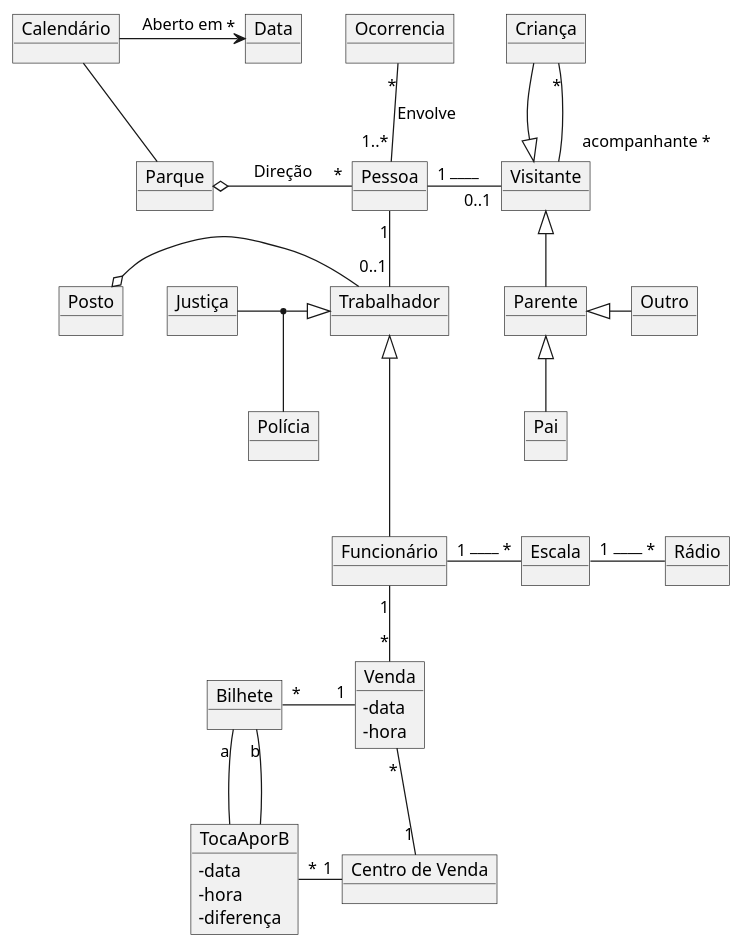
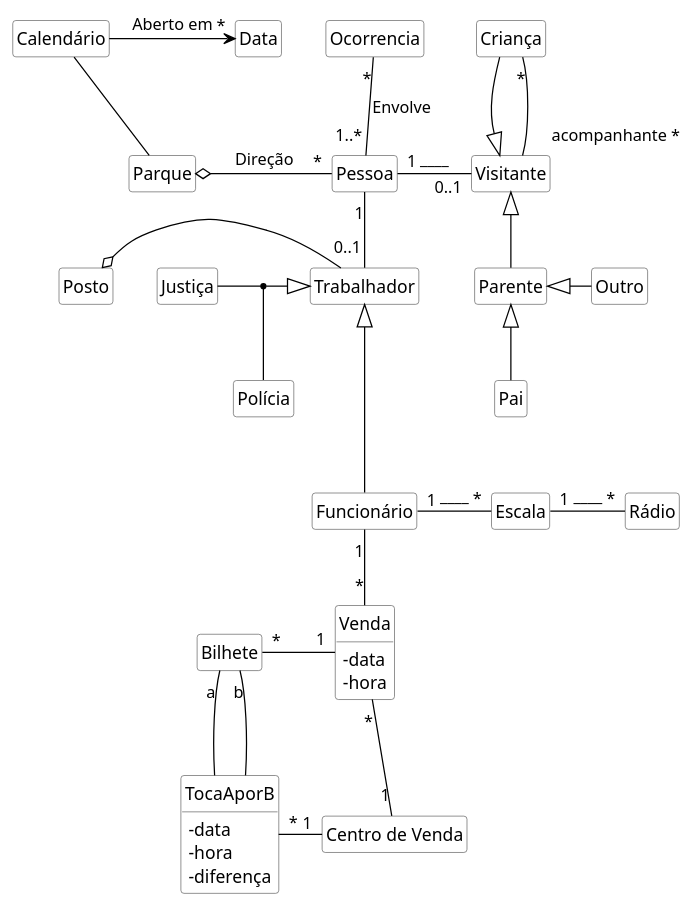
One commit to kyriosdata/oo changed the diagram in imagens/modelos-10/mod10ima01/mod10ima01.plantuml. Above: the diagram before and after it, drawn with PlantUML.

```diff
--- a/imagens/modelos-10/mod10ima01/mod10ima01.plantuml
+++ b/imagens/modelos-10/mod10ima01/mod10ima01.plantuml
@@ -1,57 +1,66 @@
 @startuml mod10ima01
+hide circle
+hide methods
+hide empty members
+
+skinparam class {
+    BackgroundColor White
+    ArrowColor Black
+    BorderColor #505050
+}
 skinparam ClassAttributeIconSize 0
 
-object "Ocorrencia" as oc
-object "Pessoa" as pe
-object "Trabalhador" as tr
-object "Funcionário" as fu
-object "Venda" as ve
+class "Ocorrencia" as oc
+class "Pessoa" as pe
+class "Trabalhador" as tr
+class "Funcionário" as fu
+class "Venda" as ve
 ve : - data
 ve : - hora
-object "Centro de Venda" as ce
-object "Parque" as pa
-object "Calendário" as ca
-object "Data" as da
-object "Visitante" as vi
-object "Criança" as cr
-object "Parente" as pr
-object "Pai" as pi
-object "Outro" as ou
-object "Posto" as po
-object "Polícia" as pl
-object "Justiça" as ju
-object "Escala" as es
-object "Rádio" as rd
-object "Bilhete" as bi
-object "TocaAporB" as to
+class "Centro de Venda" as ce
+class "Parque" as pa
+class "Calendário" as ca
+class "Data" as da
+class "Visitante" as vi
+class "Criança" as cr
+class "Parente" as pr
+class "Pai" as pi
+class "Outro" as ou
+class "Posto" as po
+class "Polícia" as pl
+class "Justiça" as ju
+class "Escala" as es
+class "Rádio" as rd
+class "Bilhete" as bi
+class "TocaAporB" as to
 to : - data
 to : - hora
 to : - diferença
 
 
 
 
 oc "*"--"1..*" pe : Envolve
 pe "1"--"0..1" tr
 tr <|--- fu
 fu "1"--"*" ve
 ve "*"--"1" ce
 pa o-right-"*" pe : Direção
 ca -- pa
 ca -right->"*"da : Aberto em
 pe "1"-right-"0..1"vi : ____  
 cr --|> vi
 cr "*"--"acompanhante *"vi
 vi <|-- pr
 pr <|-- pi
 pr <|-right- ou 
 po o-right- tr
 ju -right-|> tr
 (ju,tr)--pl
 fu "1"-right-"*"es : ____  
 es "1"-right-"*"rd : ____  
 bi "*"-right-"1"ve
 bi "a"-- to
 bi "b"--to
 to "*"-right-"1"ce
 @enduml
```
